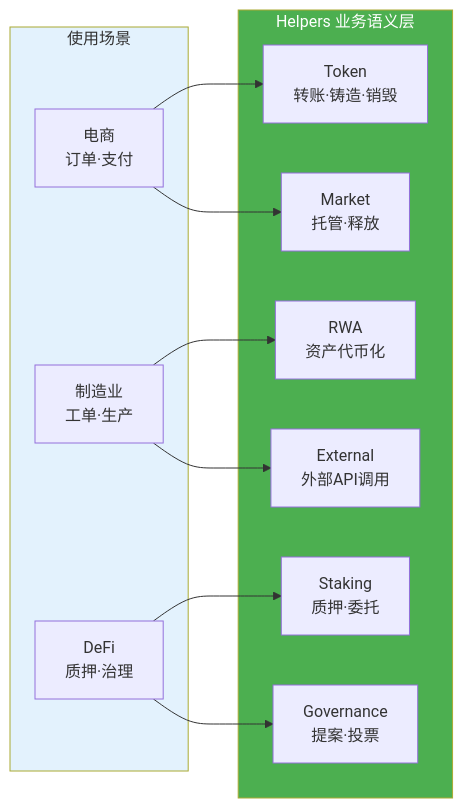
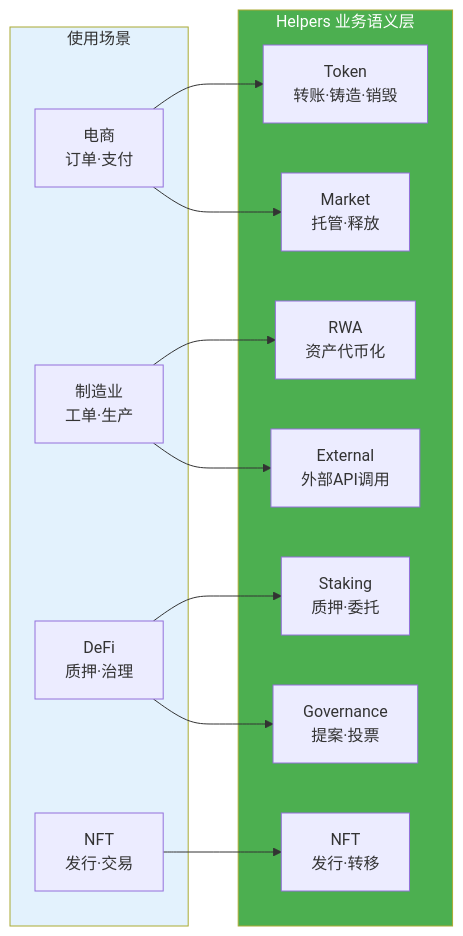
The second of 2 diagrams in docs/BUSINESS_SCENARIOS.md (weisyn/contract-sdk-go), drawn with Mermaid before and after one commit. The commit also changed other lines of this file and 5 other files, not shown here.

````diff
--- a/docs/BUSINESS_SCENARIOS.md
+++ b/docs/BUSINESS_SCENARIOS.md
@@ -282,27 +724,30 @@
 ```mermaid
 graph LR
     subgraph HELPERS["Helpers 业务语义层"]
         TOKEN["Token<br/>转账·铸造·销毁"]
         STAKING["Staking<br/>质押·委托"]
         MARKET["Market<br/>托管·释放"]
         GOV["Governance<br/>提案·投票"]
         RWA["RWA<br/>资产代币化"]
         EXTERNAL["External<br/>外部API调用"]
+        NFT["NFT<br/>发行·转移"]
     end
     
     subgraph USAGE["使用场景"]
         ECOMMERCE["电商<br/>订单·支付"]
         MANUFACTURE["制造业<br/>工单·生产"]
         DEFI["DeFi<br/>质押·治理"]
+        NFT_SCENE["NFT<br/>发行·交易"]
     end
     
     ECOMMERCE --> TOKEN
     ECOMMERCE --> MARKET
     MANUFACTURE --> RWA
     MANUFACTURE --> EXTERNAL
     DEFI --> STAKING
     DEFI --> GOV
+    NFT_SCENE --> NFT
     
     style HELPERS fill:#4CAF50,color:#fff
     style USAGE fill:#E3F2FD
 ```
````
